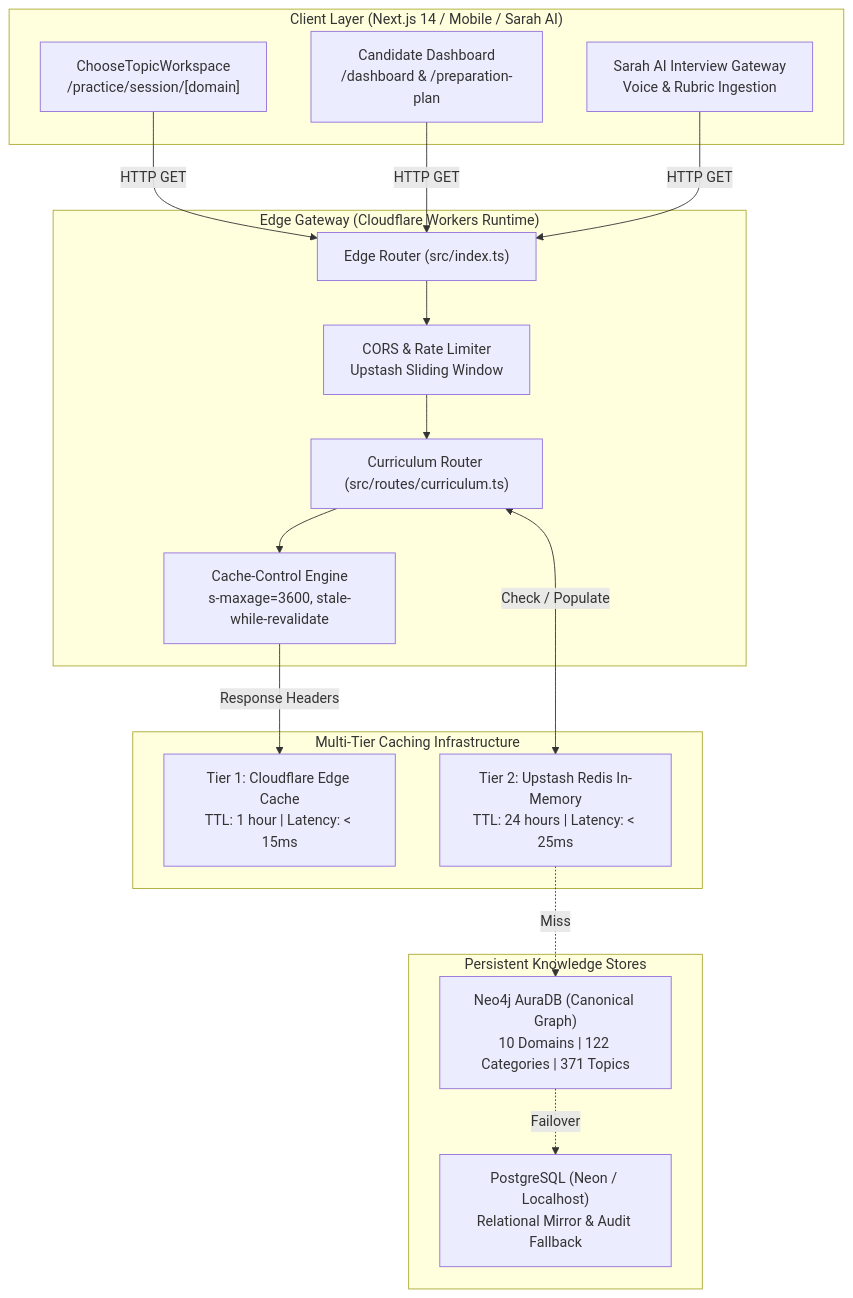
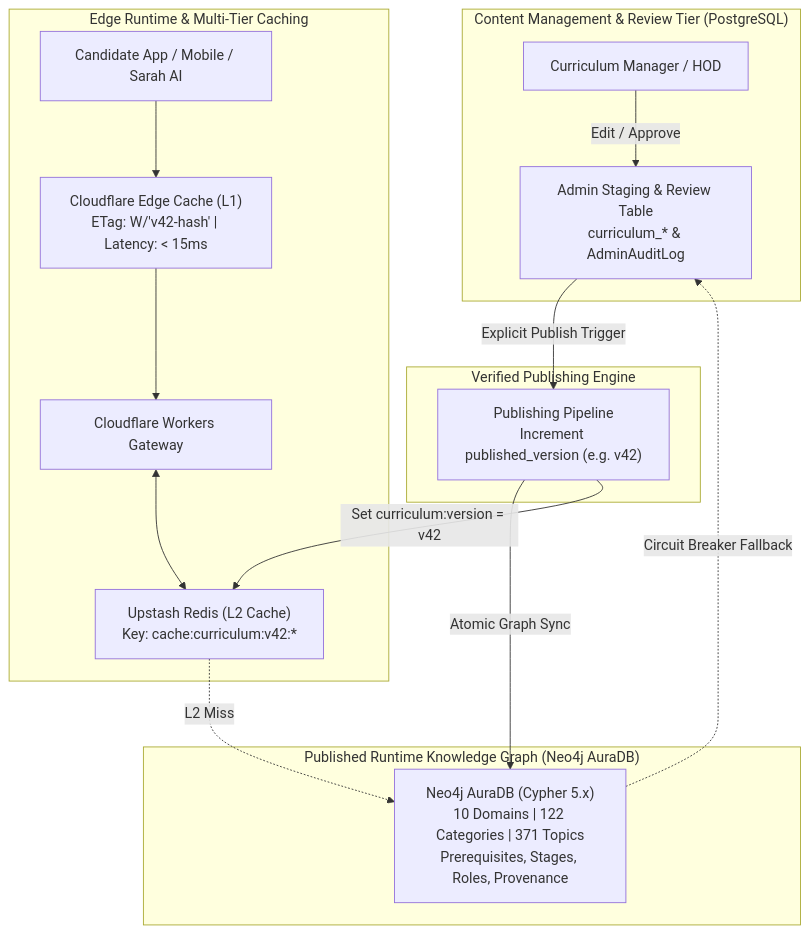
One commit to imsauravsingh/prepinminutes-backend changed the first of 2 diagrams in docs/CURRICULUM_API_AND_EDGE_GATEWAY_SPEC.md. Above: the diagram before and after it, drawn with Mermaid. The commit also changed other lines of this file, not shown here.

Commit message:
docs: revise CURRICULUM_API_AND_EDGE_GATEWAY_SPEC to v1.1.0 with common contracts and versioned caching

````diff
--- a/docs/CURRICULUM_API_AND_EDGE_GATEWAY_SPEC.md
+++ b/docs/CURRICULUM_API_AND_EDGE_GATEWAY_SPEC.md
@@ -22,35 +19,31 @@
 ```mermaid
 flowchart TD
-  subgraph CLIENT_TIER["Client Layer (Next.js 14 / Mobile / Sarah AI)"]
-    APP["ChooseTopicWorkspace<br/>/practice/session/[domain]"]
-    DASH["Candidate Dashboard<br/>/dashboard & /preparation-plan"]
-    SARAH["Sarah AI Interview Gateway<br/>Voice & Rubric Ingestion"]
+  subgraph CMS_AUTHORING["Content Management & Review Tier (PostgreSQL)"]
+    ADMIN["Curriculum Manager / HOD"]
+    STAGING["Admin Staging & Review Table<br/>curriculum_* & AdminAuditLog"]
+    ADMIN -->|"Edit / Approve"| STAGING
   end
 
-  subgraph EDGE_GATEWAY["Edge Gateway (Cloudflare Workers Runtime)"]
-    ROUTER["Edge Router (src/index.ts)"]
-    CURRICULUM_ROUTE["Curriculum Router (src/routes/curriculum.ts)"]
-    CORS_RATE["CORS & Rate Limiter<br/>Upstash Sliding Window"]
-    CACHE_CTRL["Cache-Control Engine<br/>s-maxage=3600, stale-while-revalidate"]
-    ROUTER --> CORS_RATE --> CURRICULUM_ROUTE --> CACHE_CTRL
+  subgraph SYNC_GATE["Verified Publishing Engine"]
+    PUBLISH["Publishing Pipeline<br/>Increment published_version (e.g. v42)"]
+    STAGING -->|"Explicit Publish Trigger"| PUBLISH
   end
 
-  subgraph CACHE_TIER["Multi-Tier Caching Infrastructure"]
-    L1["Tier 1: Cloudflare Edge Cache<br/>TTL: 1 hour | Latency: < 15ms"]
-    L2["Tier 2: Upstash Redis In-Memory<br/>TTL: 24 hours | Latency: < 25ms"]
+  subgraph RUNTIME_GRAPH["Published Runtime Knowledge Graph (Neo4j AuraDB)"]
+    GRAPH["Neo4j AuraDB (Cypher 5.x)<br/>10 Domains | 122 Categories | 371 Topics<br/>Prerequisites, Stages, Roles, Provenance"]
+    PUBLISH -->|"Atomic Graph Sync"| GRAPH
   end
 
-  subgraph STORAGE_TIER["Persistent Knowledge Stores"]
-    NEO4J["Neo4j AuraDB (Canonical Graph)<br/>10 Domains | 122 Categories | 371 Topics"]
-    POSTGRES["PostgreSQL (Neon / Localhost)<br/>Relational Mirror & Audit Fallback"]
+  subgraph EDGE_SERVING["Edge Runtime & Multi-Tier Caching"]
+    WORKER["Cloudflare Workers Gateway"]
+    REDIS["Upstash Redis (L2 Cache)<br/>Key: cache:curriculum:v42:*"]
+    CDN["Cloudflare Edge Cache (L1)<br/>ETag: W/'v42-hash' | Latency: < 15ms"]
+    CANDIDATE["Candidate App / Mobile / Sarah AI"]
+
+    PUBLISH -->|"Set curriculum:version = v42"| REDIS
+    CANDIDATE --> CDN --> WORKER
+    WORKER <--> REDIS
+    REDIS -.->|"L2 Miss"| GRAPH
+    GRAPH -.->|"Circuit Breaker Fallback"| STAGING
   end
-
-  APP -->|"HTTP GET"| ROUTER
-  DASH -->|"HTTP GET"| ROUTER
-  SARAH -->|"HTTP GET"| ROUTER
-
-  CURRICULUM_ROUTE <-->|"Check / Populate"| L2
-  L2 -.->|"Miss"| NEO4J
-  NEO4J -.->|"Failover"| POSTGRES
-  CACHE_CTRL -->|"Response Headers"| L1
 ```
````
